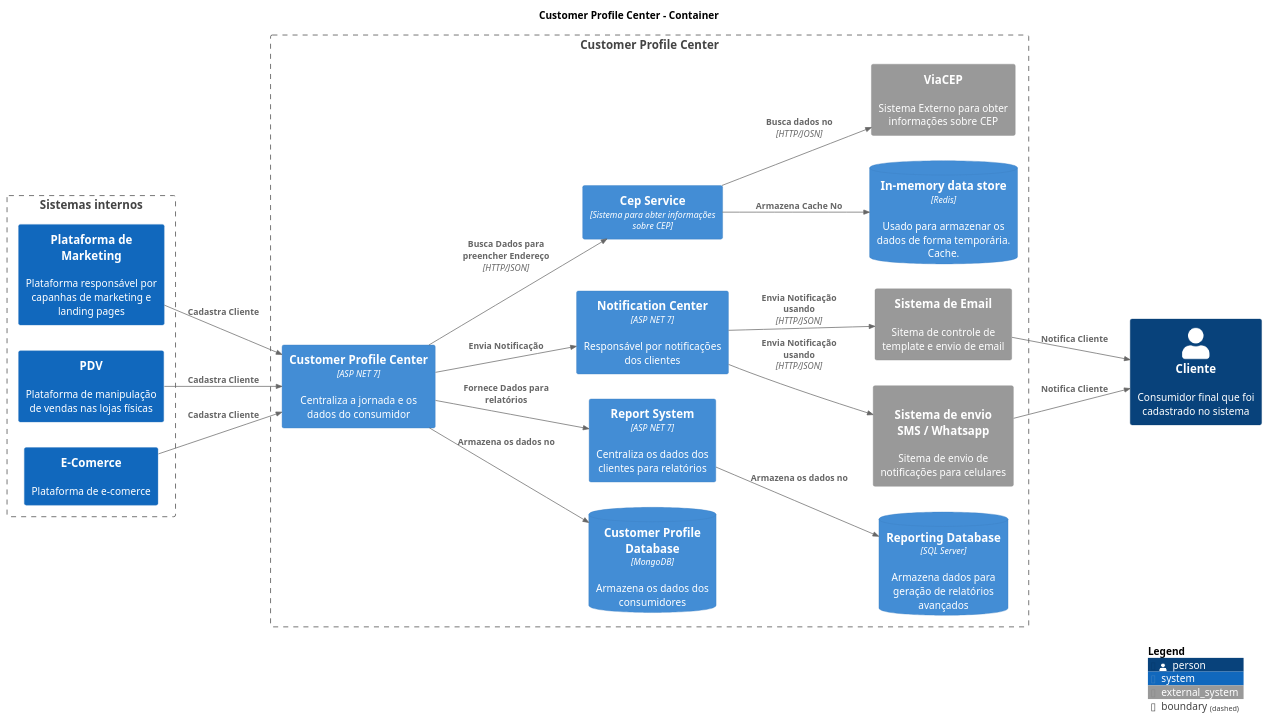
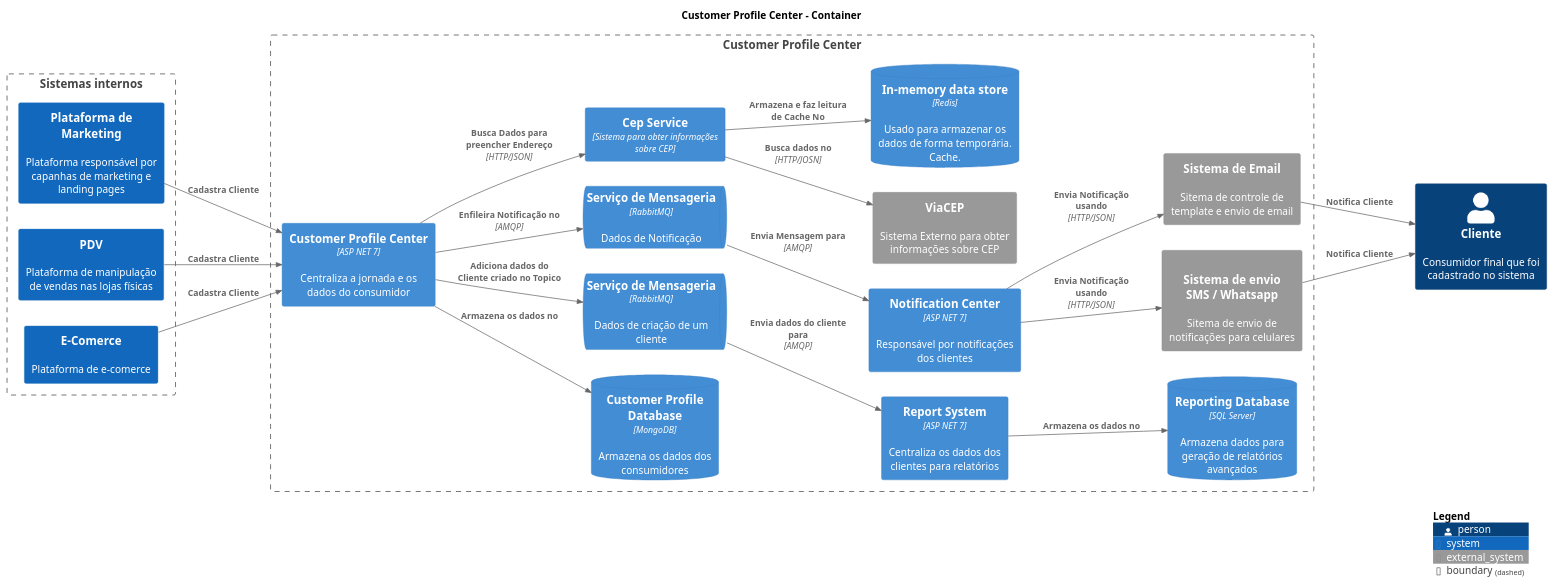
Before and after one commit to CristianoRC/CustomerProfileCenter: the diagram in Docs/2 - Container/Container.puml, drawn with PlantUML.

Commit message:
Cria container internos

```diff
--- a/Docs/2 - Container/Container.puml
+++ b/Docs/2 - Container/Container.puml
@@ -1,58 +1,63 @@
 @startuml
 !include https://raw.githubusercontent.com/plantuml-stdlib/C4-PlantUML/master/C4_Container.puml
 !include https://raw.githubusercontent.com/plantuml-stdlib/C4-PlantUML/master/C4_Context.puml
 
 LAYOUT_LANDSCAPE()
 TITLE Customer Profile Center - Container
 
 Person(customer, "Cliente", "Consumidor final que foi cadastrado no sistema")
 
 
 Boundary(internalProducersBoundary, "Sistemas internos") {
     System(marketingPlatform, "Plataforma de Marketing", "Plataforma responsável por capanhas de marketing e landing pages")
     System(pdvPlatforma, "PDV", "Plataforma de manipulação de vendas nas lojas físicas")
     System(ecomerPlatform, "E-Comerce", "Plataforma de e-comerce")
 }
 
 Boundary(customerProfileCenterBoundary, "Customer Profile Center") {
     Container(customerProfileCenter, "Customer Profile Center","ASP NET 7", "Centraliza a jornada e os dados do consumidor")
     ContainerDb(customerProfileDb, "Customer Profile Database", "MongoDB", "Armazena os dados dos consumidores")
 
     Container(reportSystem, "Report System","ASP NET 7", "Centraliza os dados dos clientes para relatórios")
     ContainerDb(reportingDb, "Reporting Database", "SQL Server", "Armazena dados para geração de relatórios avançados")
+    ContainerQueue(rabbitMqReport, "Serviço de Mensageria", "RabbitMQ", "Dados de criação de um cliente")
 
     Container(notificationCenter, "Notification Center", "ASP NET 7",  "Responsável por notificações dos clientes")
+    ContainerQueue(rabbitMqNotification, "Serviço de Mensageria", "RabbitMQ", "Dados de Notificação")
     System_Ext(emailService, "Sistema de Email", "Sitema de controle de template e envio de email")
     System_Ext(phoneService, "Sistema de envio \n SMS / Whatsapp", "Sitema de envio de notificações para celulares", "HTTP/JSON")
 
     System_Ext(viaCep, "ViaCEP", "Sistema Externo para obter informações sobre CEP")
     Container(cepService, "Cep Service", "Sistema para obter informações sobre CEP")
     ContainerDb(platformCache, "In-memory data store", "Redis", "Usado para armazenar os dados de forma temporária. Cache.")
 }
 
 'Relacionamento dos clientes
 Rel(ecomerPlatform, customerProfileCenter, "Cadastra Cliente", "")
 Rel(pdvPlatforma, customerProfileCenter, "Cadastra Cliente", "")
 Rel(marketingPlatform, customerProfileCenter, "Cadastra Cliente", "")
 
 'Relacionamentos com o Customer Profile
 Rel(customerProfileCenter, customerProfileDb, "Armazena os dados no", "")
-Rel(customerProfileCenter, reportSystem, "Fornece Dados para relatórios", "")
 Rel(customerProfileCenter, cepService, "Busca Dados para preencher Endereço", "HTTP/JSON")
+Rel(customerProfileCenter, rabbitMqReport, "Adiciona dados do Cliente criado no Topico", "")
 
 'Relacionamentos do reportSystem
 Rel(reportSystem, reportingDb, "Armazena os dados no", "")
+Rel(rabbitMqReport, reportSystem, "Envia dados do cliente para", "AMQP")
+
 
 'Relacionamentos do sistema de Cep
 Rel(cepService, viaCep, "Busca dados no", "HTTP/JOSN")
-Rel(cepService, platformCache, "Armazena Cache No")
+Rel(cepService, platformCache, "Armazena e faz leitura de Cache No")
 
 'Relacionamentos com os sistemas de notificação
-Rel(customerProfileCenter, notificationCenter, "Envia Notificação", "")
+Rel(customerProfileCenter, rabbitMqNotification, "Enfileira Notificação no", "AMQP")
+Rel(rabbitMqNotification, notificationCenter, "Envia Mensagem para", "AMQP")
 Rel(notificationCenter, emailService, "Envia Notificação usando", "HTTP/JSON")
 Rel(notificationCenter, phoneService, "Envia Notificação usando", "HTTP/JSON")
 Rel(emailService, customer, "Notifica Cliente", "")
 Rel(phoneService, customer, "Notifica Cliente", "")
 
 SHOW_LEGEND()
 @enduml
```
